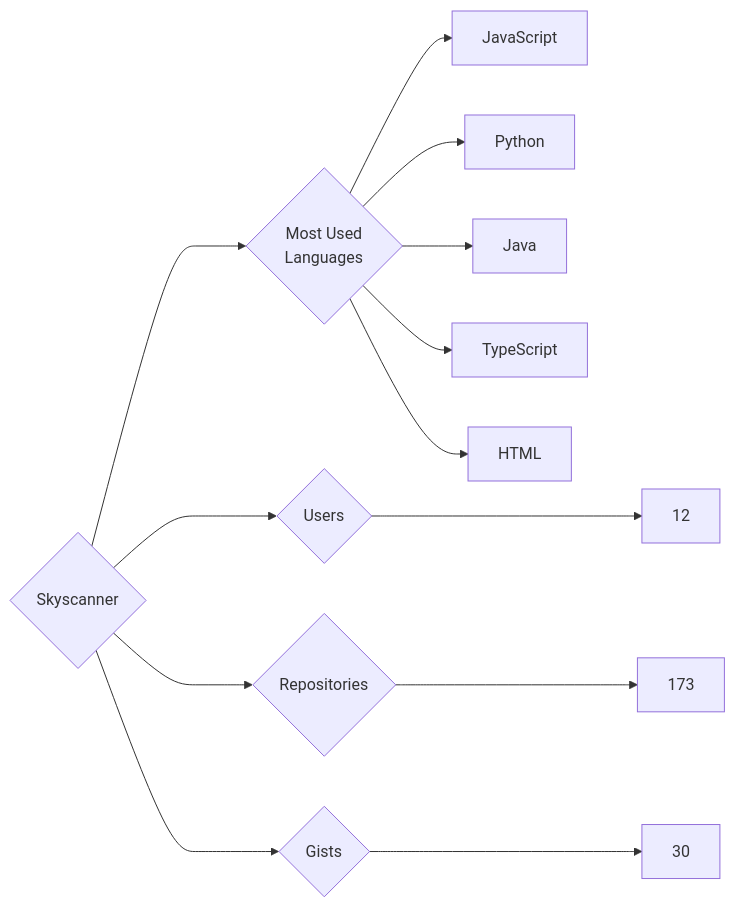
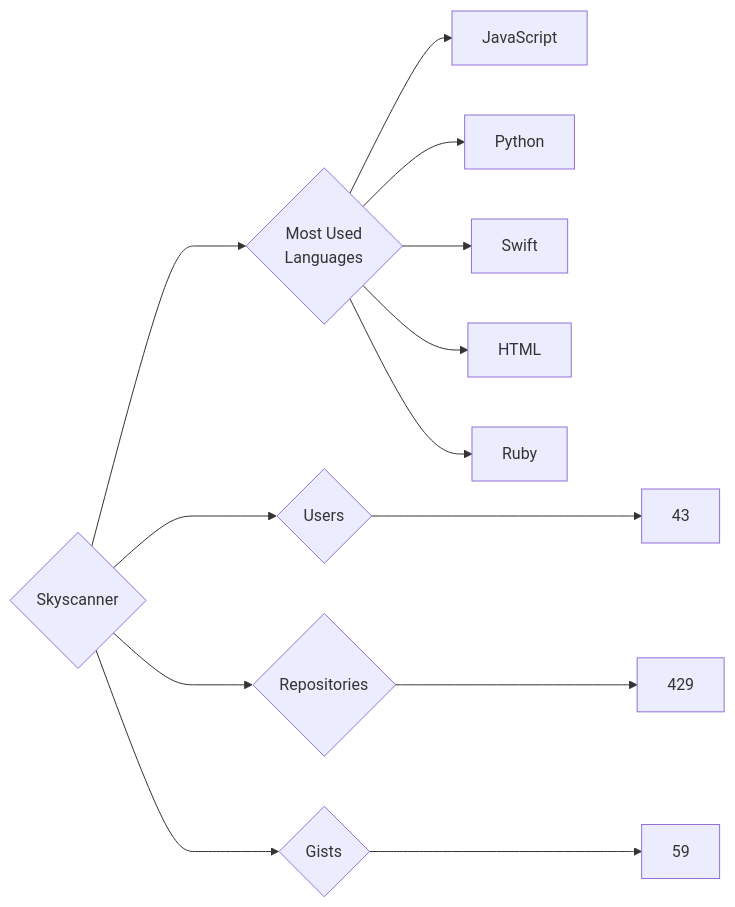
Before and after one commit to trickest/insiders: the diagram in targets/Skyscanner/README.md, drawn with Mermaid. The commit also changed 903 other files, not shown here.

````diff
--- a/targets/Skyscanner/README.md
+++ b/targets/Skyscanner/README.md
@@ -3,13 +3,13 @@
 ```mermaid
 graph LR
 COMPANY_NAME{Skyscanner}
-COMPANY_NAME ---> U{Users} ---> UN[12]
-COMPANY_NAME ---> R{Repositories} ---> RN[173]
-COMPANY_NAME ---> G{Gists} ---> GN[30]
+COMPANY_NAME ---> U{Users} ---> UN[43]
+COMPANY_NAME ---> R{Repositories} ---> RN[429]
+COMPANY_NAME ---> G{Gists} ---> GN[59]
 COMPANY_NAME ---> ML{Most Used<br>Languages}
 ML --> JavaScript[JavaScript]
 ML --> Python[Python]
-ML --> Java[Java]
-ML --> TypeScript[TypeScript]
+ML --> Swift[Swift]
 ML --> HTML[HTML]
+ML --> Ruby[Ruby]
 ```
````
